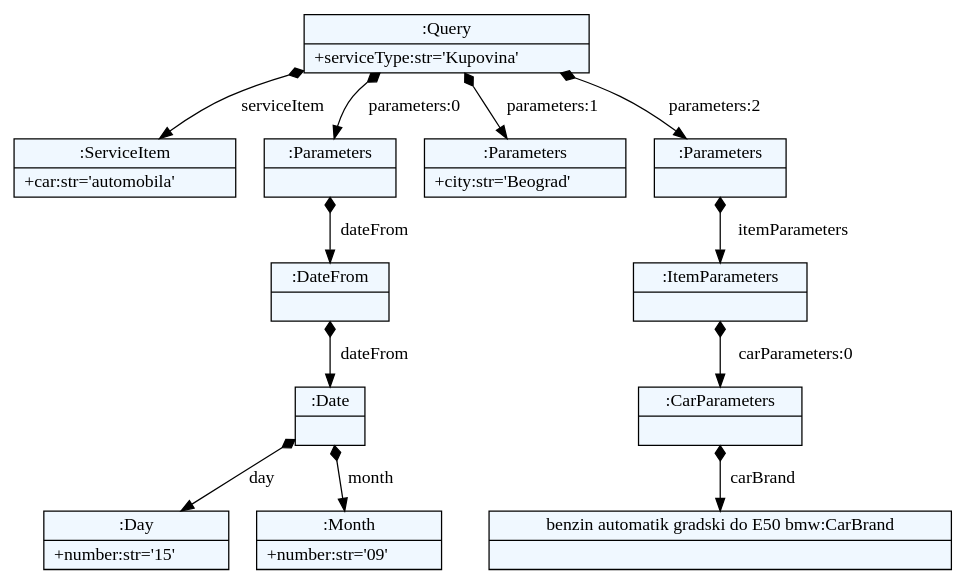
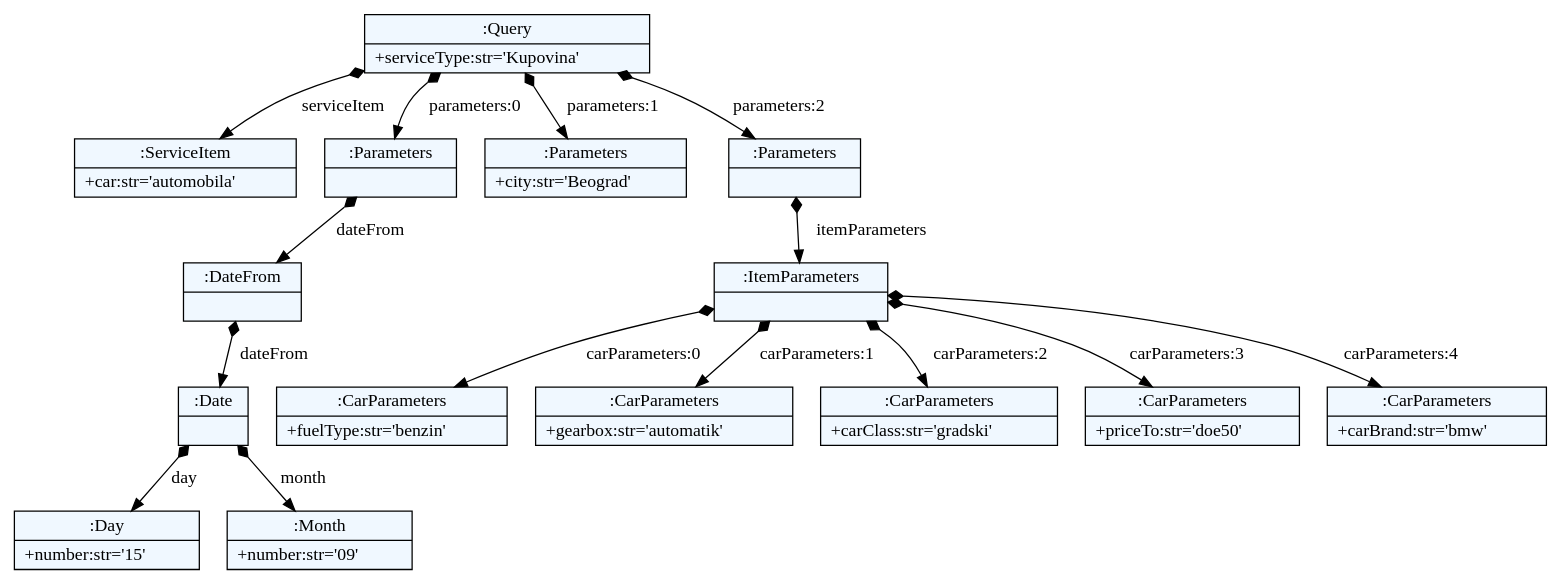
One commit to ftnE2-tim1-2016-17/jsd changed the diagram in textXGrammar/test.dot. Above: the diagram before and after it, drawn with Graphviz. The commit also changed 6 other files, not shown here.

```diff
--- a/textXGrammar/test.dot
+++ b/textXGrammar/test.dot
@@ -1,39 +1,44 @@
 
     digraph xtext {
     fontname = "Bitstream Vera Sans"
     fontsize = 8
     node[
         shape=record,
         style=filled,
         fillcolor=aliceblue
     ]
     nodesep = 0.3
     edge[dir=black,arrowtail=empty]
 
 
-61749744 -> 61749584 [label="serviceItem" arrowtail=diamond dir=both]
-61749584[label="{:ServiceItem|+car:str='automobila'\l}"]
-61749744 -> 61749616 [label="parameters:0" arrowtail=diamond dir=both]
-61749616 -> 61748464 [label="dateFrom" arrowtail=diamond dir=both]
-61748464 -> 61747696 [label="dateFrom" arrowtail=diamond dir=both]
-61747696 -> 61750096 [label="day" arrowtail=diamond dir=both]
-61750096[label="{:Day|+number:str='15'\l}"]
-61747696 -> 61749840 [label="month" arrowtail=diamond dir=both]
-61749840[label="{:Month|+number:str='09'\l}"]
-61747696[label="{:Date|}"]
-61748464[label="{:DateFrom|}"]
-61749616[label="{:Parameters|}"]
-61749744 -> 61748752 [label="parameters:1" arrowtail=diamond dir=both]
-61748752[label="{:Parameters|+city:str='Beograd'\l}"]
-61749744 -> 61747792 [label="parameters:2" arrowtail=diamond dir=both]
-61747792 -> 61747888 [label="itemParameters" arrowtail=diamond dir=both]
-61747888 -> 61749904 [label="carParameters:0" arrowtail=diamond dir=both]
-61749904 -> 61749872 [label="carBrand" arrowtail=diamond dir=both]
-61749872[label="{benzin automatik gradski do E50 bmw
-:CarBrand|}"]
-61749904[label="{:CarParameters|}"]
-61747888[label="{:ItemParameters|}"]
-61747792[label="{:Parameters|}"]
-61749744[label="{:Query|+serviceType:str='Kupovina'\l}"]
+61929616 -> 61906320 [label="serviceItem" arrowtail=diamond dir=both]
+61906320[label="{:ServiceItem|+car:str='automobila'\l}"]
+61929616 -> 61905264 [label="parameters:0" arrowtail=diamond dir=both]
+61905264 -> 61906640 [label="dateFrom" arrowtail=diamond dir=both]
+61906640 -> 61942096 [label="dateFrom" arrowtail=diamond dir=both]
+61942096 -> 61942192 [label="day" arrowtail=diamond dir=both]
+61942192[label="{:Day|+number:str='15'\l}"]
+61942096 -> 61942320 [label="month" arrowtail=diamond dir=both]
+61942320[label="{:Month|+number:str='09'\l}"]
+61942096[label="{:Date|}"]
+61906640[label="{:DateFrom|}"]
+61905264[label="{:Parameters|}"]
+61929616 -> 61906736 [label="parameters:1" arrowtail=diamond dir=both]
+61906736[label="{:Parameters|+city:str='Beograd'\l}"]
+61929616 -> 61903248 [label="parameters:2" arrowtail=diamond dir=both]
+61903248 -> 61940464 [label="itemParameters" arrowtail=diamond dir=both]
+61940464 -> 61942352 [label="carParameters:0" arrowtail=diamond dir=both]
+61942352[label="{:CarParameters|+fuelType:str='benzin'\l}"]
+61940464 -> 61942384 [label="carParameters:1" arrowtail=diamond dir=both]
+61942384[label="{:CarParameters|+gearbox:str='automatik'\l}"]
+61940464 -> 61942416 [label="carParameters:2" arrowtail=diamond dir=both]
+61942416[label="{:CarParameters|+carClass:str='gradski'\l}"]
+61940464 -> 61942448 [label="carParameters:3" arrowtail=diamond dir=both]
+61942448[label="{:CarParameters|+priceTo:str='doe50'\l}"]
+61940464 -> 61942480 [label="carParameters:4" arrowtail=diamond dir=both]
+61942480[label="{:CarParameters|+carBrand:str='bmw'\l}"]
+61940464[label="{:ItemParameters|}"]
+61903248[label="{:Parameters|}"]
+61929616[label="{:Query|+serviceType:str='Kupovina'\l}"]
 
 }
```
